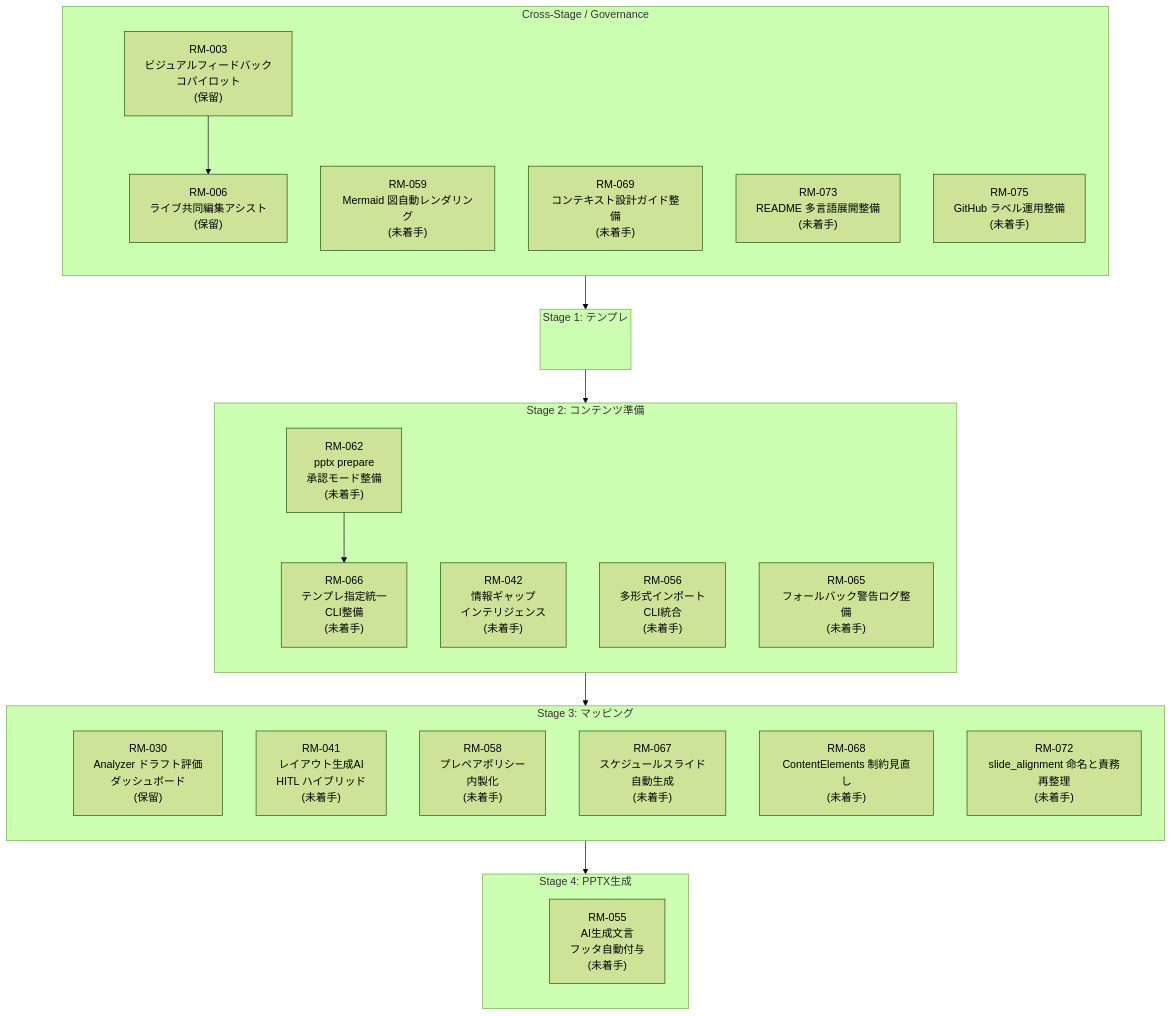
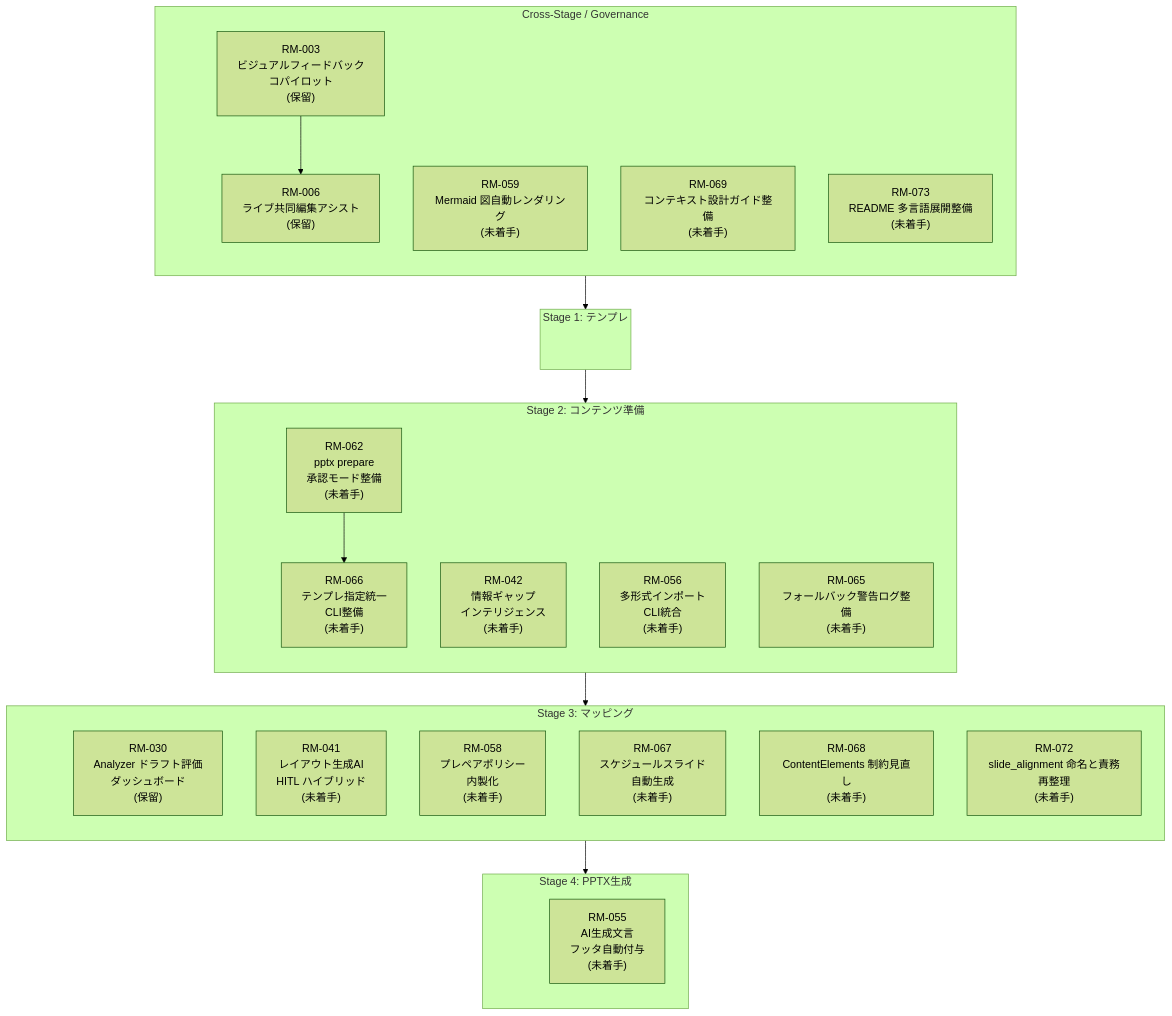
One commit to yurake/pptx_generator changed the diagram in docs/roadmap/roadmap.md. Above: the diagram before and after it, drawn with Mermaid (forest theme). The commit also changed other lines of this file and 1 other file, not shown here.

````diff
--- a/docs/roadmap/roadmap.md
+++ b/docs/roadmap/roadmap.md
@@ -25,56 +25,55 @@
 ```mermaid
 flowchart TB
     subgraph GOV["Cross-Stage / Governance"]
         direction TB
         GOV_ANCHOR(( ))
         RM003["RM-003<br/>ビジュアルフィードバック<br/>コパイロット<br/>(保留)"]
         RM006["RM-006<br/>ライブ共同編集アシスト<br/>(保留)"]
         RM059["RM-059<br/>Mermaid 図自動レンダリング<br/>(未着手)"]
         RM069["RM-069<br/>コンテキスト設計ガイド整備<br/>(未着手)"]
         RM073["RM-073<br/>README 多言語展開整備<br/>(未着手)"]
-        RM075["RM-075<br/>GitHub ラベル運用整備<br/>(未着手)"]
     end
 
     subgraph ST1["Stage 1: テンプレ"]
         direction TB
         ST1_ANCHOR(( ))
     end
 
     subgraph ST2["Stage 2: コンテンツ準備"]
         direction TB
         ST2_ANCHOR(( ))
         RM042["RM-042<br/>情報ギャップ<br/>インテリジェンス<br/>(未着手)"]
         RM056["RM-056<br/>多形式インポート<br/>CLI統合<br/>(未着手)"]
         RM062["RM-062<br/>pptx prepare<br/>承認モード整備<br/>(未着手)"]
         RM065["RM-065<br/>フォールバック警告ログ整備<br/>(未着手)"]
         RM066["RM-066<br/>テンプレ指定統一<br/>CLI整備<br/>(未着手)"]
     end
 
     subgraph ST3["Stage 3: マッピング"]
         direction TB
         ST3_ANCHOR(( ))
         RM030["RM-030<br/>Analyzer ドラフト評価<br/>ダッシュボード<br/>(保留)"]
         RM041["RM-041<br/>レイアウト生成AI<br/>HITL ハイブリッド<br/>(未着手)"]
         RM058["RM-058<br/>プレペアポリシー<br/>内製化<br/>(未着手)"]
         RM067["RM-067<br/>スケジュールスライド<br/>自動生成<br/>(未着手)"]
         RM068["RM-068<br/>ContentElements 制約見直し<br/>(未着手)"]
         RM072["RM-072<br/>slide_alignment 命名と責務再整理<br/>(未着手)"]
     end
 
     subgraph ST4["Stage 4: PPTX生成"]
         direction TB
         ST4_ANCHOR(( ))
         RM055["RM-055<br/>AI生成文言<br/>フッタ自動付与<br/>(未着手)"]
     end
 
     style GOV_ANCHOR fill:transparent,stroke:transparent
     style ST1_ANCHOR fill:transparent,stroke:transparent
     style ST2_ANCHOR fill:transparent,stroke:transparent
     style ST3_ANCHOR fill:transparent,stroke:transparent
     style ST4_ANCHOR fill:transparent,stroke:transparent
 
     GOV_ANCHOR --> ST1_ANCHOR --> ST2_ANCHOR --> ST3_ANCHOR --> ST4_ANCHOR
 
     RM003 --> RM006
     RM062 --> RM066
 ```
````
